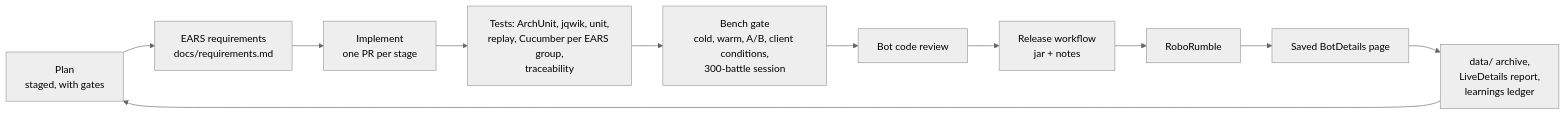
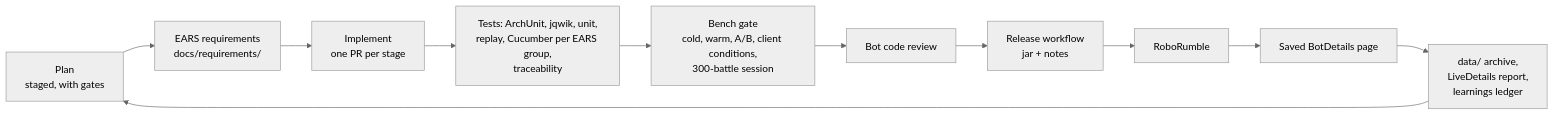
Before and after one commit to lgriffin/Hadur_Robot: the fourth of 4 diagrams in README.md, drawn with Mermaid (neutral theme). The commit also changed other lines of this file and 132 other files, not shown here.

First line of the commit message:
Architecture review: honest traceability gate, coverage floor, requirements by area, docs refresh (#998)

````diff
--- a/README.md
+++ b/README.md
@@ -304,13 +304,13 @@
 ```mermaid
 flowchart LR
-    P["Plan<br/>staged, with gates"] --> REQ["EARS requirements<br/>docs/requirements.md"]
+    P["Plan<br/>staged, with gates"] --> REQ["EARS requirements<br/>docs/requirements/"]
     REQ --> IMP["Implement<br/>one PR per stage"]
     IMP --> TST["Tests: ArchUnit, jqwik, unit,<br/>replay, Cucumber per EARS group,<br/>traceability"]
     TST --> BEN["Bench gate<br/>cold, warm, A/B, client conditions,<br/>300-battle session"]
     BEN --> REV["Bot code review"]
     REV --> REL["Release workflow<br/>jar + notes"]
     REL --> LIVE["RoboRumble"]
     LIVE --> PAGE["Saved BotDetails page"]
     PAGE --> DATA["data/ archive,<br/>LiveDetails report,<br/>learnings ledger"]
     DATA --> P
 ```
````
